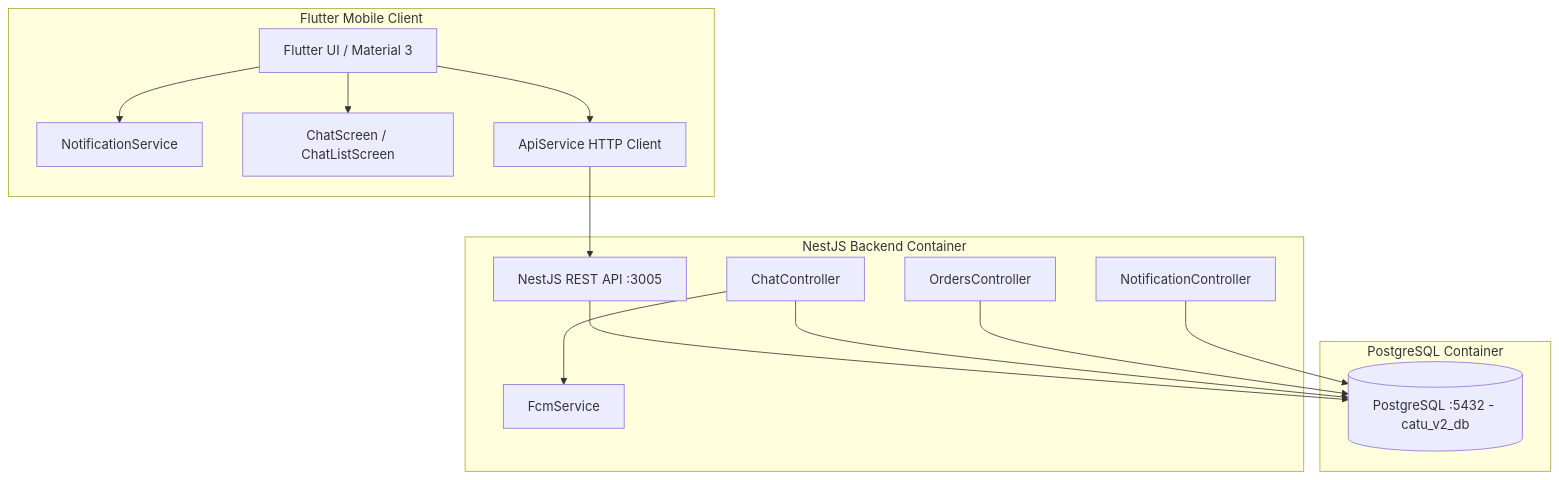
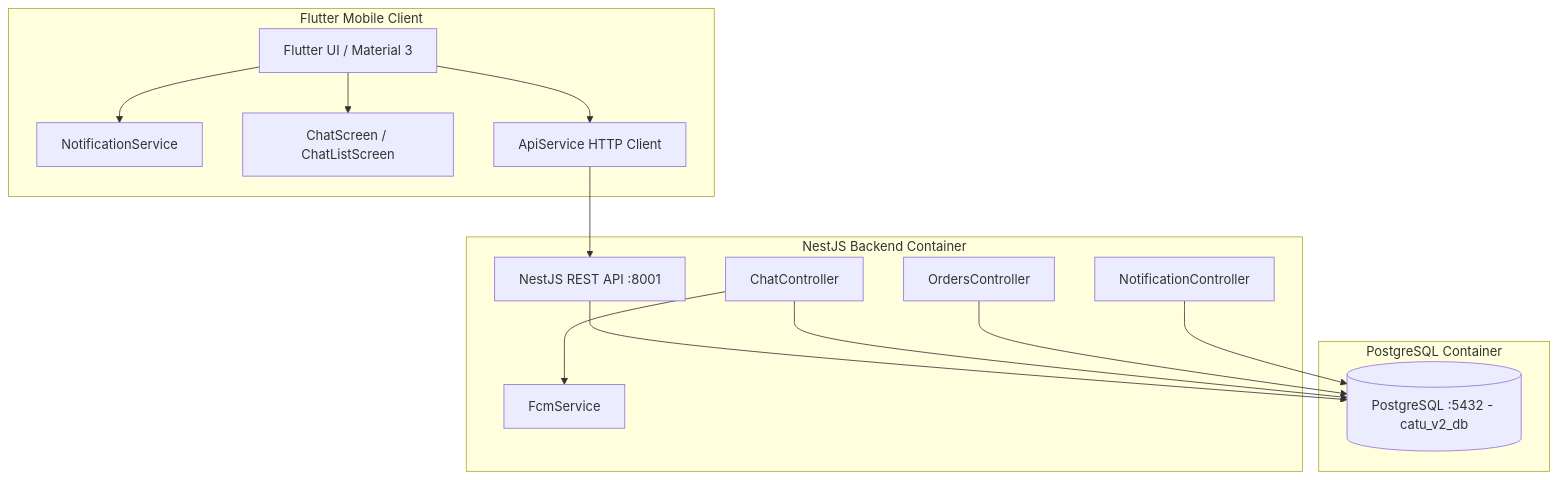
Before and after one commit to AhmadFazriNursamsi/catu-v2: the diagram in CATU_HANDOVER_DOCUMENTATION.md, drawn with Mermaid. The commit also changed 42 other files, not shown here.

````diff
--- a/CATU_HANDOVER_DOCUMENTATION.md
+++ b/CATU_HANDOVER_DOCUMENTATION.md
@@ -17,31 +17,31 @@
 ```mermaid
 graph TD
     subgraph Frontend Mobile [Flutter Mobile Client]
         UI[Flutter UI / Material 3]
         NS[NotificationService]
         CS[ChatScreen / ChatListScreen]
         API_M[ApiService HTTP Client]
     end
 
     subgraph Backend [NestJS Backend Container]
-        Nest[NestJS REST API :3005]
+        Nest[NestJS REST API :8001]
         ChatCtrl[ChatController]
         OrderCtrl[OrdersController]
         NotifCtrl[NotificationController]
         FcmSvc[FcmService]
     end
 
     subgraph Database [PostgreSQL Container]
         PG[(PostgreSQL :5432 - catu_v2_db)]
     end
 
     UI --> NS
     UI --> CS
     UI --> API_M
     API_M --> Nest
     Nest --> PG
     ChatCtrl --> PG
     ChatCtrl --> FcmSvc
     OrderCtrl --> PG
     NotifCtrl --> PG
 ```
````
